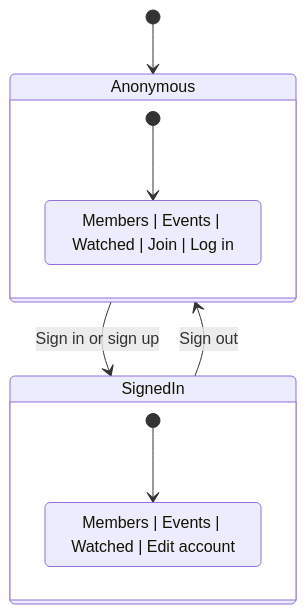
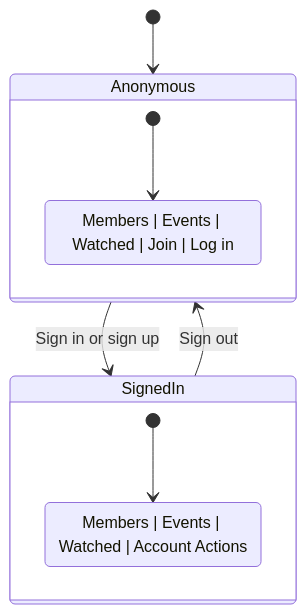
Before and after one commit to michaellambgelo/jxnfilmclub: the diagram in docs/features/navigation.md, drawn with Mermaid. The commit also changed other lines of this file and 4 other files, not shown here.

First line of the commit message:
nav: rename signed-in tab 'Edit account' -> 'Account Actions'

````diff
--- a/docs/features/navigation.md
+++ b/docs/features/navigation.md
@@ -7,16 +7,16 @@
 ```mermaid
 stateDiagram-v2
     [*] --> Anonymous
     Anonymous --> SignedIn: Sign in or sign up
     SignedIn --> Anonymous: Sign out
 
     state Anonymous {
         [*] --> AnonymousNav
         AnonymousNav: Members | Events | Watched | Join | Log in
     }
 
     state SignedIn {
         [*] --> SignedInNav
-        SignedInNav: Members | Events | Watched | Edit account
+        SignedInNav: Members | Events | Watched | Account Actions
     }
 ```
````
